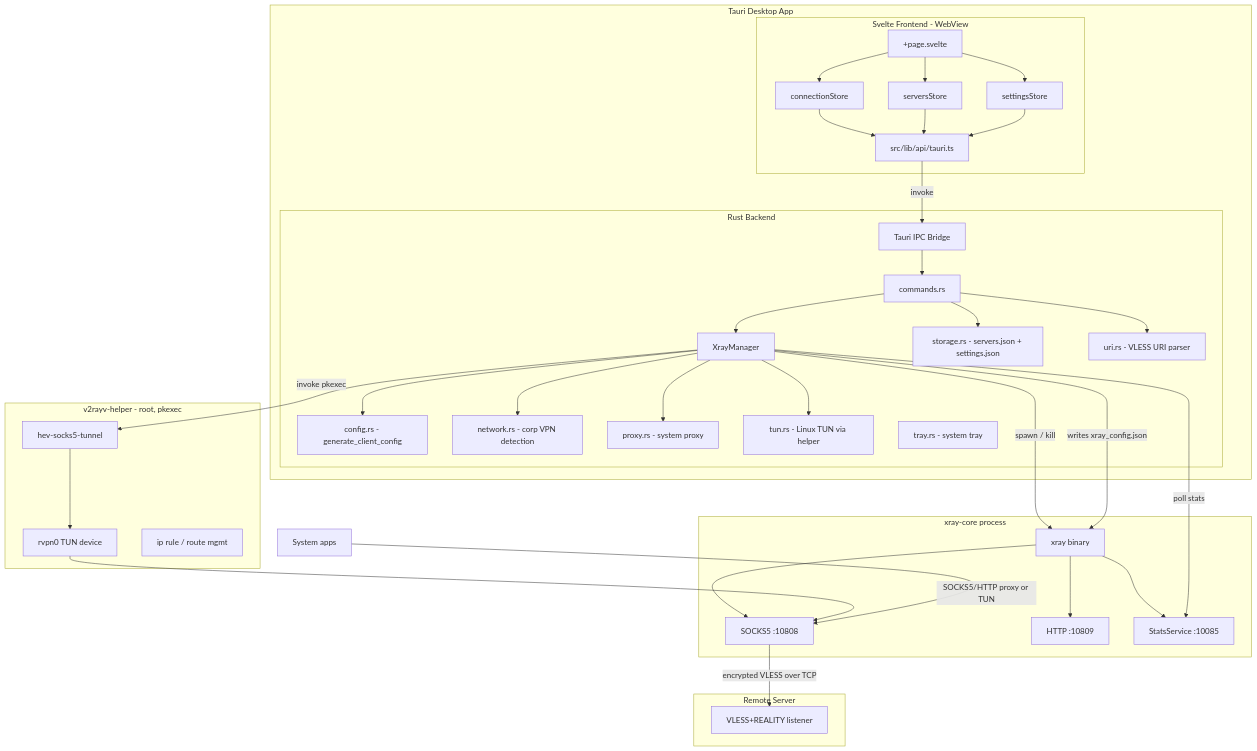
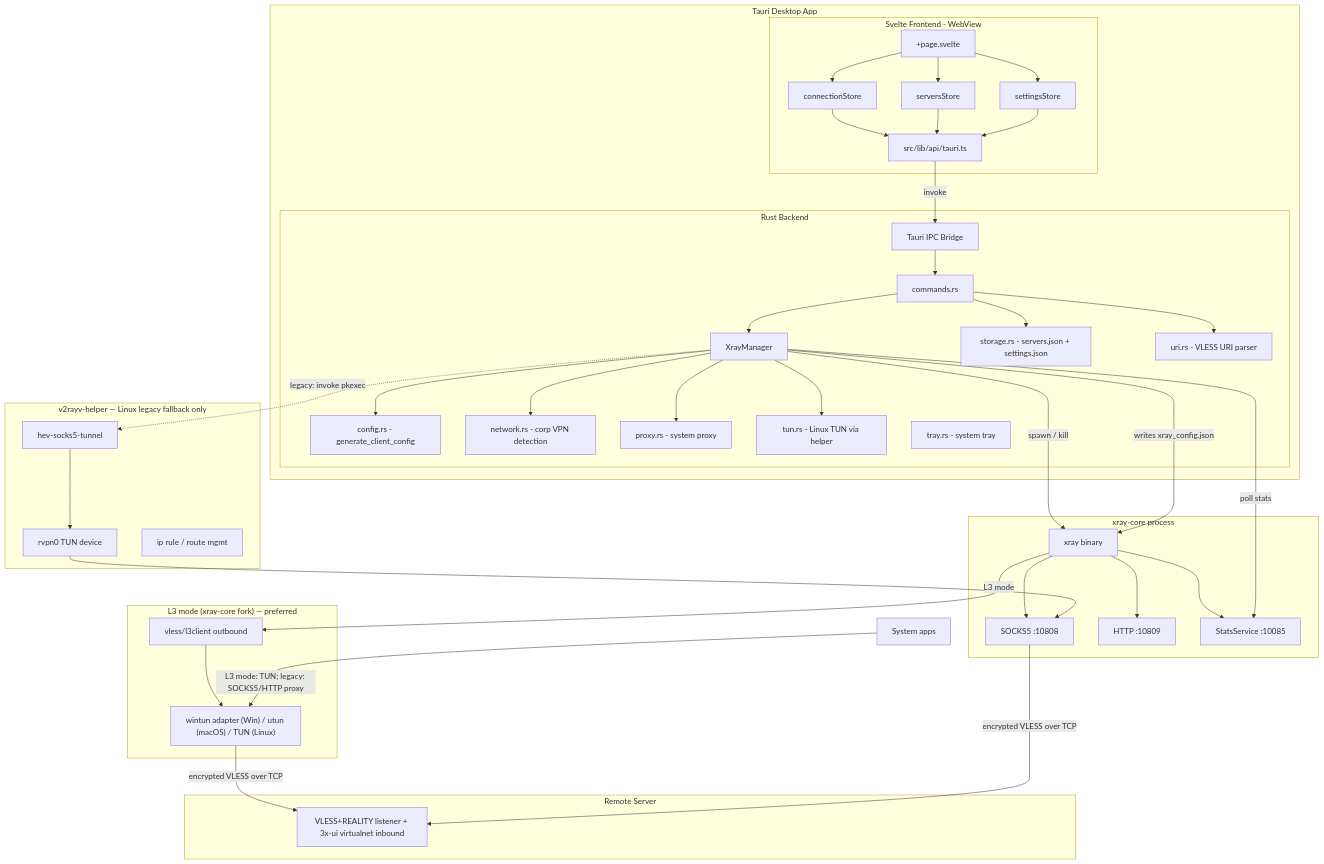
The first of 3 diagrams in docs/ARCHITECTURE.md (sevaktigranyan305-netizen/v2rayV), drawn with Mermaid before and after one commit. The commit also changed other lines of this file and 4 other files, not shown here.

````diff
--- a/docs/ARCHITECTURE.md
+++ b/docs/ARCHITECTURE.md
@@ -10,68 +13,76 @@
 ```mermaid
 graph TD
     subgraph Desktop App [Tauri Desktop App]
         subgraph Frontend [Svelte Frontend - WebView]
             UI[+page.svelte]
             CS[connectionStore]
             SS[serversStore]
             ST[settingsStore]
             API[src/lib/api/tauri.ts]
             UI --> CS
             UI --> SS
             UI --> ST
             CS --> API
             SS --> API
             ST --> API
         end
         subgraph Backend [Rust Backend]
             IPC[Tauri IPC Bridge]
             CMD[commands.rs]
             XM[XrayManager]
             CFG[config.rs - generate_client_config]
             STG[storage.rs - servers.json + settings.json]
             URI[uri.rs - VLESS URI parser]
             NET[network.rs - corp VPN detection]
             PRX[proxy.rs - system proxy]
             TUN[tun.rs - Linux TUN via helper]
             TRY[tray.rs - system tray]
             CMD --> XM
             CMD --> STG
             CMD --> URI
             XM --> CFG
             XM --> NET
             XM --> PRX
             XM --> TUN
         end
         API -->|invoke| IPC
         IPC --> CMD
     end
 
     subgraph Sidecar [xray-core process]
         XRAY[xray binary]
         SOCKS[SOCKS5 :10808]
         HTTP[HTTP :10809]
         STATS[StatsService :10085]
         XRAY --> SOCKS
         XRAY --> HTTP
         XRAY --> STATS
     end
 
-    subgraph Helper [v2rayv-helper - root, pkexec]
+    subgraph L3 ["L3 mode (xray-core fork) — preferred"]
+        L3CLIENT[vless/l3client outbound]
+        WINTUN["wintun adapter (Win) / utun (macOS) / TUN (Linux)"]
+        L3CLIENT --> WINTUN
+    end
+
+    subgraph Helper ["v2rayv-helper — Linux legacy fallback only"]
         HEV[hev-socks5-tunnel]
         TUNDEV[rvpn0 TUN device]
         IPRULE[ip rule / route mgmt]
     end
 
     subgraph VDS [Remote Server]
-        VLESS[VLESS+REALITY listener]
+        VLESS[VLESS+REALITY listener + 3x-ui virtualnet inbound]
     end
 
     XM -->|spawn / kill| XRAY
     XM -->|writes xray_config.json| XRAY
-    XM -->|invoke pkexec| HEV
+    XM -.->|legacy: invoke pkexec| HEV
     HEV --> TUNDEV
     TUNDEV --> SOCKS
+    XRAY -->|L3 mode| L3CLIENT
+    WINTUN -->|encrypted VLESS over TCP| VLESS
     SOCKS -->|encrypted VLESS over TCP| VLESS
-    App[System apps] -->|SOCKS5/HTTP proxy or TUN| SOCKS
+    App[System apps] -->|L3 mode: TUN; legacy: SOCKS5/HTTP proxy| WINTUN
     XM -->|poll stats| STATS
 ```
````
